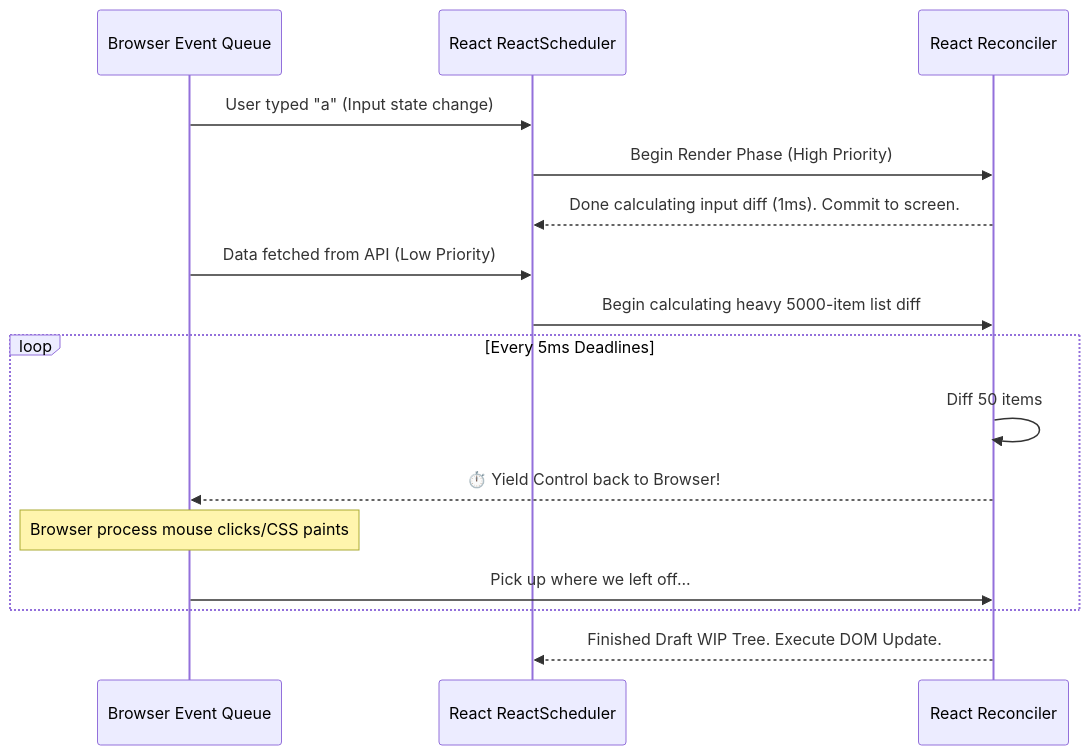
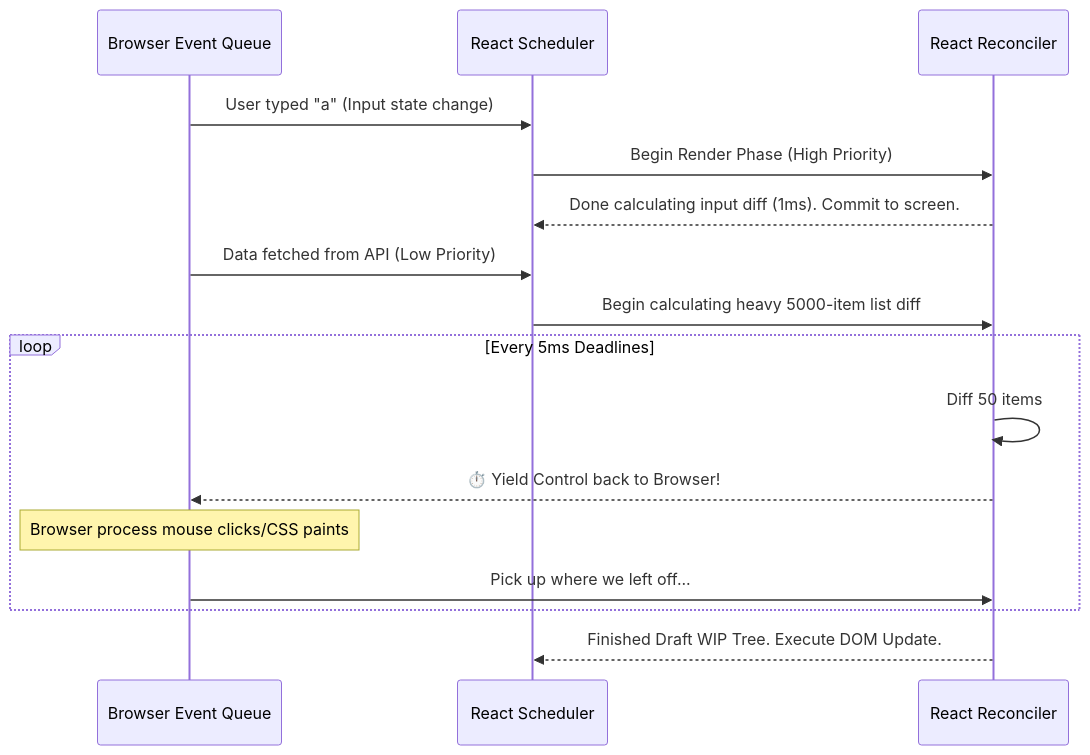
The diagram in docs/time-slicing.md (prakharp18/fdsheet), drawn with Mermaid before and after one commit. The commit also changed other lines of this file and 9 other files, not shown here.

````diff
--- a/docs/time-slicing.md
+++ b/docs/time-slicing.md
@@ -28,20 +32,20 @@
 ```mermaid
 sequenceDiagram
     participant EventQueue as Browser Event Queue
-    participant Scheduler as React ReactScheduler
+    participant Scheduler as React Scheduler
     participant Fiber as React Reconciler
     
     EventQueue->>Scheduler: User typed "a" (Input state change)
     Scheduler->>Fiber: Begin Render Phase (High Priority)
     Fiber-->>Scheduler: Done calculating input diff (1ms). Commit to screen.
     
     EventQueue->>Scheduler: Data fetched from API (Low Priority)
     Scheduler->>Fiber: Begin calculating heavy 5000-item list diff
     loop Every 5ms Deadlines
         Fiber->>Fiber: Diff 50 items
         Fiber-->>EventQueue: ⏱️ Yield Control back to Browser!
         Note over EventQueue: Browser process mouse clicks/CSS paints
         EventQueue->>Fiber: Pick up where we left off...
     end
     Fiber-->>Scheduler: Finished Draft WIP Tree. Execute DOM Update.
 ```
````
